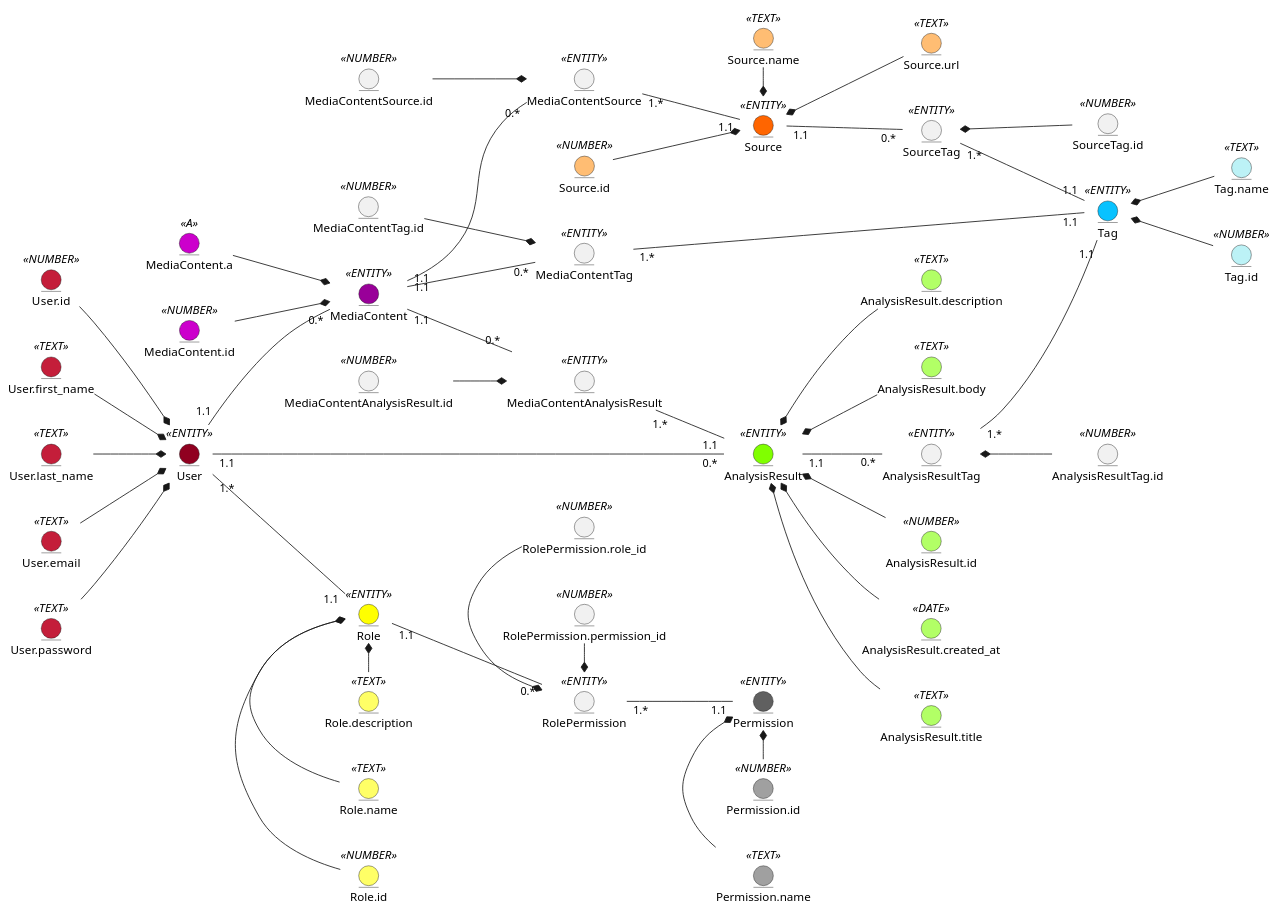
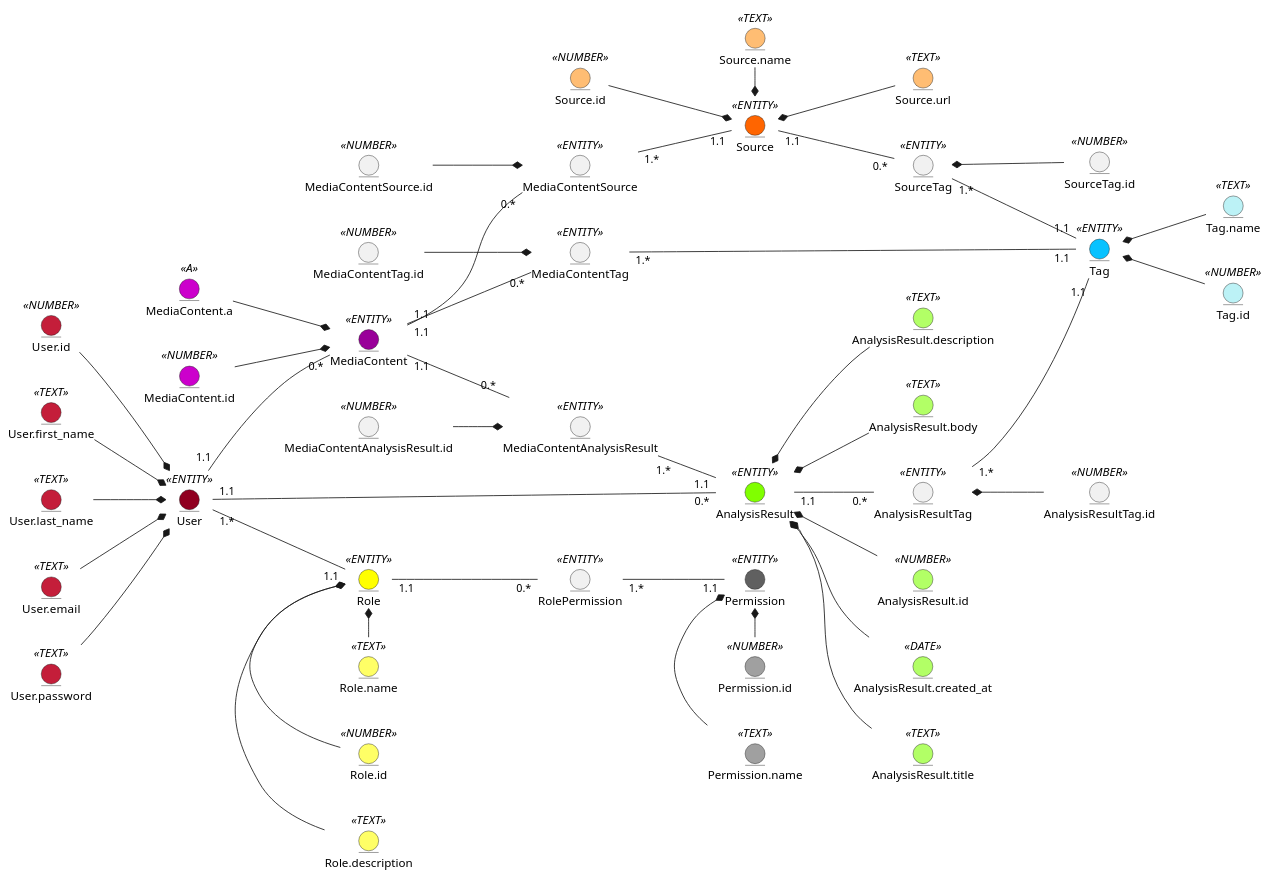
Before and after one commit to semenyaka08/media-content-api: the diagram in docs/design/README.md, drawn with PlantUML.

Commit message:
Removed role_id and permission_id columns from RolePermission in UML diagram

```diff
--- a/docs/design/README.md
+++ b/docs/design/README.md
@@ -81,12 +81,6 @@
 
 
 entity RolePermission <<ENTITY>>
-entity RolePermission.role_id <<NUMBER>>
-entity RolePermission.permission_id <<NUMBER>>
-
-
-RolePermission.role_id -r-* RolePermission
-RolePermission.permission_id -r-* RolePermission
 
 
 entity MediaContentSource <<ENTITY>>
```
